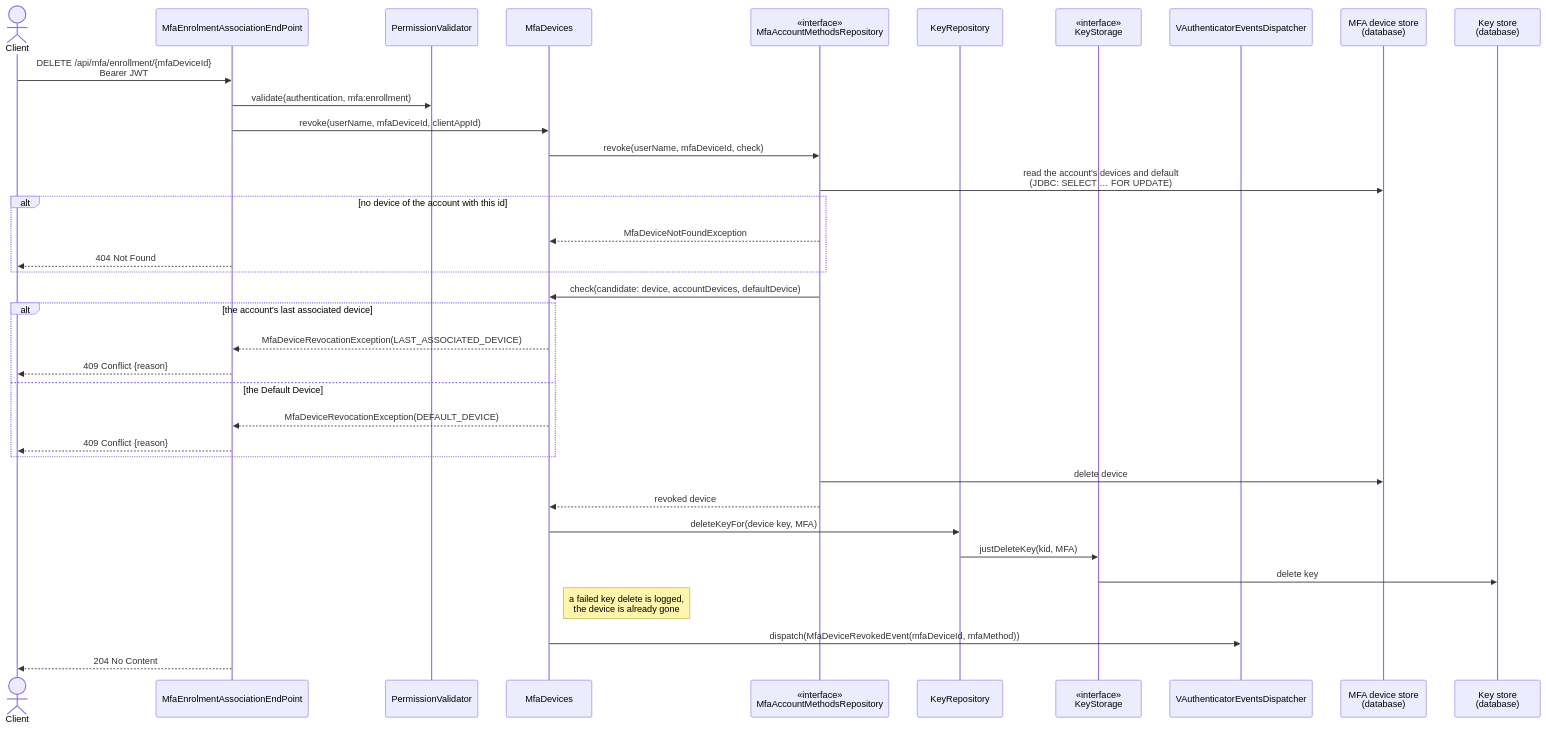
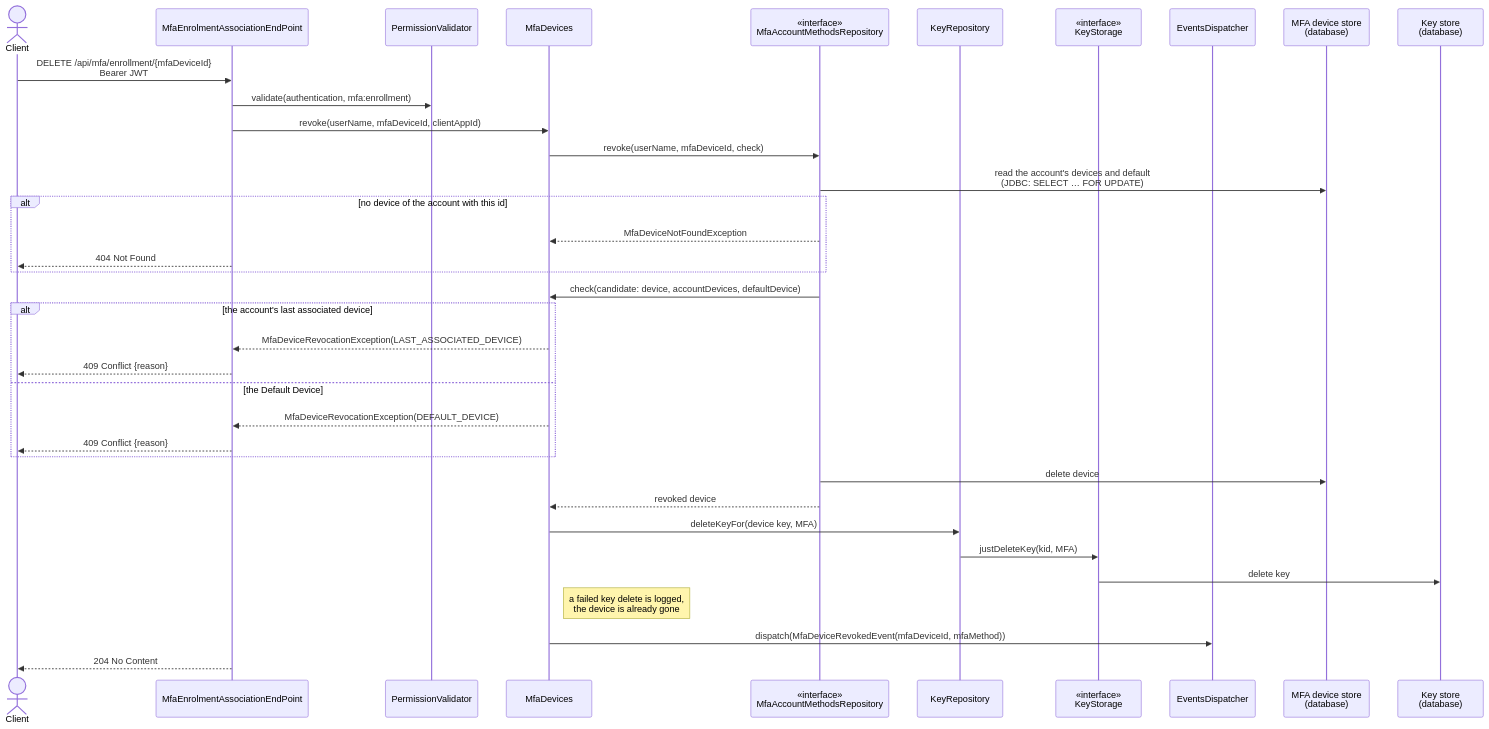
One commit to mrFlick72/vauthenticator changed the fifth of 7 diagrams in auth-server/docs/mfa-sequence-diagrams.md. Above: the diagram before and after it, drawn with Mermaid. The commit also changed 20 other files, not shown here.

First line of the commit message:
auth-server: one events dispatcher, the platform's (#449)

````diff
--- a/auth-server/docs/mfa-sequence-diagrams.md
+++ b/auth-server/docs/mfa-sequence-diagrams.md
@@ -201,38 +201,38 @@
 ```mermaid
 sequenceDiagram
     actor Client
     participant EP as MfaEnrolmentAssociationEndPoint
     participant PV as PermissionValidator
     participant MfaDevices
     participant MfaRepo as «interface»<br/>MfaAccountMethodsRepository
     participant KeyRepository
     participant KeyStorage as «interface»<br/>KeyStorage
-    participant Events as VAuthenticatorEventsDispatcher
+    participant Events as EventsDispatcher
     participant MfaDB as MFA device store<br/>(database)
     participant KeyDB as Key store<br/>(database)
     Client->>EP: DELETE /api/mfa/enrollment/{mfaDeviceId}<br/>Bearer JWT
     EP->>PV: validate(authentication, mfa:enrollment)
     EP->>MfaDevices: revoke(userName, mfaDeviceId, clientAppId)
     MfaDevices->>MfaRepo: revoke(userName, mfaDeviceId, check)
     MfaRepo->>MfaDB: read the account's devices and default<br/>(JDBC: SELECT … FOR UPDATE)
     alt no device of the account with this id
         MfaRepo-->>MfaDevices: MfaDeviceNotFoundException
         EP-->>Client: 404 Not Found
     end
     MfaRepo->>MfaDevices: check(candidate: device, accountDevices, defaultDevice)
     alt the account's last associated device
         MfaDevices-->>EP: MfaDeviceRevocationException(LAST_ASSOCIATED_DEVICE)
         EP-->>Client: 409 Conflict {reason}
     else the Default Device
         MfaDevices-->>EP: MfaDeviceRevocationException(DEFAULT_DEVICE)
         EP-->>Client: 409 Conflict {reason}
     end
     MfaRepo->>MfaDB: delete device
     MfaRepo-->>MfaDevices: revoked device
     MfaDevices->>KeyRepository: deleteKeyFor(device key, MFA)
     KeyRepository->>KeyStorage: justDeleteKey(kid, MFA)
     KeyStorage->>KeyDB: delete key
     Note right of MfaDevices: a failed key delete is logged,<br/>the device is already gone
     MfaDevices->>Events: dispatch(MfaDeviceRevokedEvent(mfaDeviceId, mfaMethod))
     EP-->>Client: 204 No Content
 ```
````
